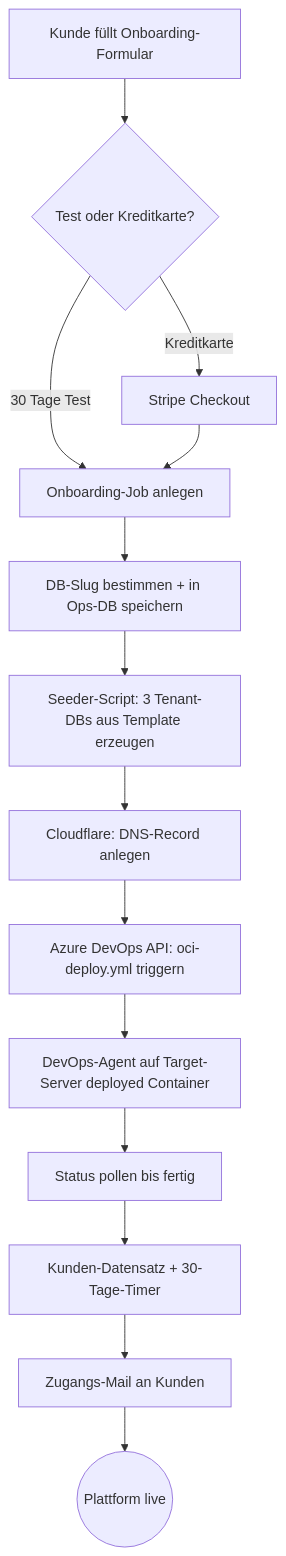
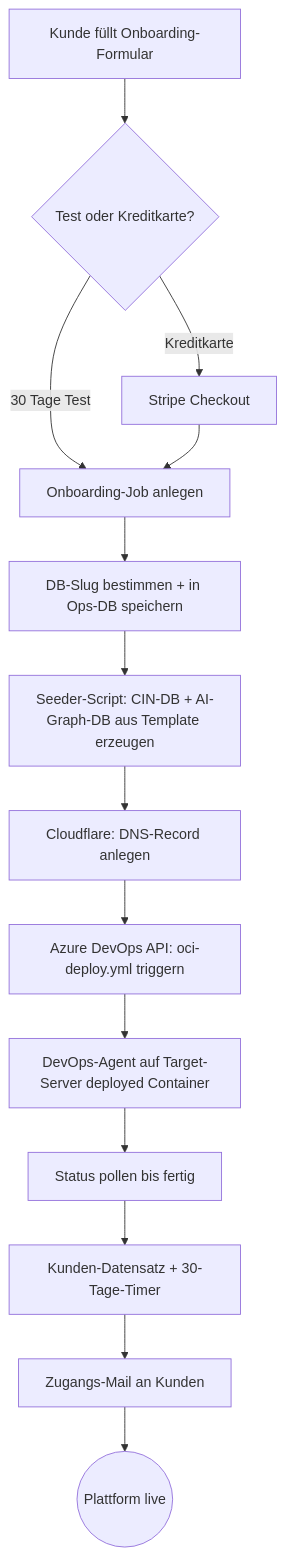
One commit to brunomaurer/cin changed the diagram in vault/02_Specs/OperationsCenter/Deployment.md. Above: the diagram before and after it, drawn with Mermaid. The commit also changed other lines of this file, not shown here.

First line of the commit message:
docs(ops): DB-Konzept praezisiert — CIN-DB und AI-Graph-DB getrennt

````diff
--- a/vault/02_Specs/OperationsCenter/Deployment.md
+++ b/vault/02_Specs/OperationsCenter/Deployment.md
@@ -18,15 +18,15 @@
 ```mermaid
 flowchart TD
     A[Kunde füllt Onboarding-Formular] --> B{Test oder Kreditkarte?}
     B -->|30 Tage Test| C[Onboarding-Job anlegen]
     B -->|Kreditkarte| S[Stripe Checkout] --> C
     C --> D[DB-Slug bestimmen + in Ops-DB speichern]
-    D --> E[Seeder-Script: 3 Tenant-DBs aus Template erzeugen]
+    D --> E[Seeder-Script: CIN-DB + AI-Graph-DB aus Template erzeugen]
     E --> F[Cloudflare: DNS-Record anlegen]
     F --> G[Azure DevOps API: oci-deploy.yml triggern]
     G --> H[DevOps-Agent auf Target-Server deployed Container]
     H --> I[Status pollen bis fertig]
     I --> J[Kunden-Datensatz + 30-Tage-Timer]
     J --> K[Zugangs-Mail an Kunden]
     K --> L((Plattform live))
 ```
````
